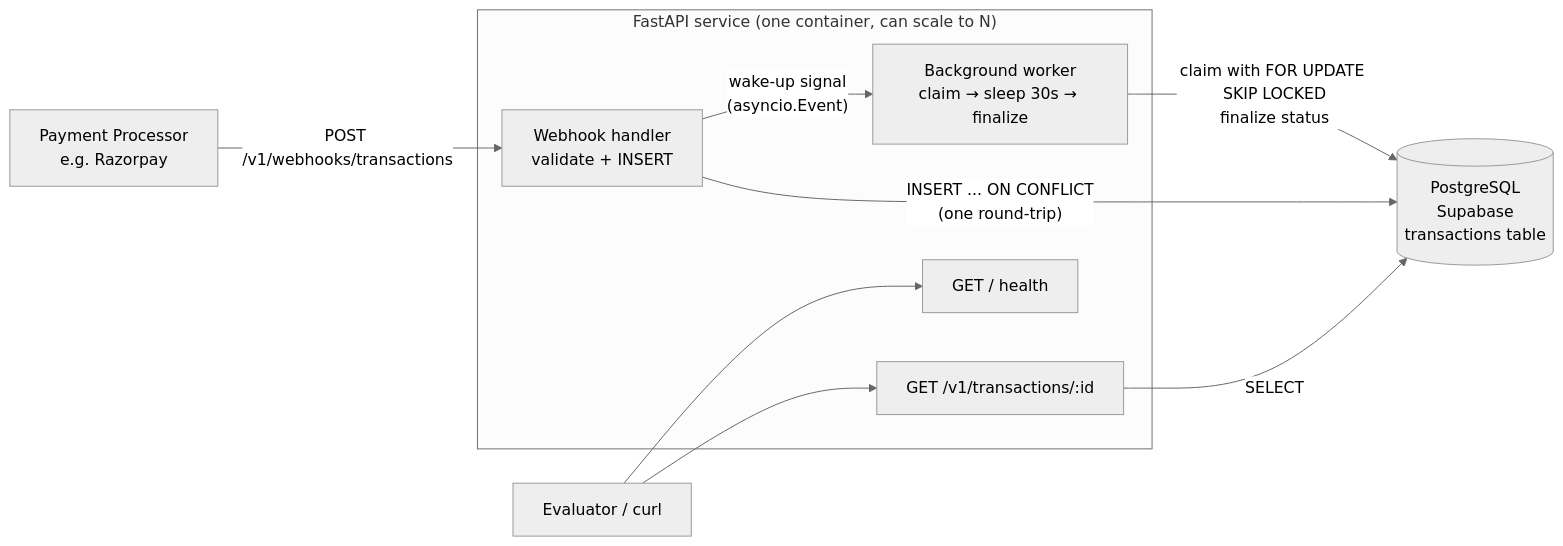
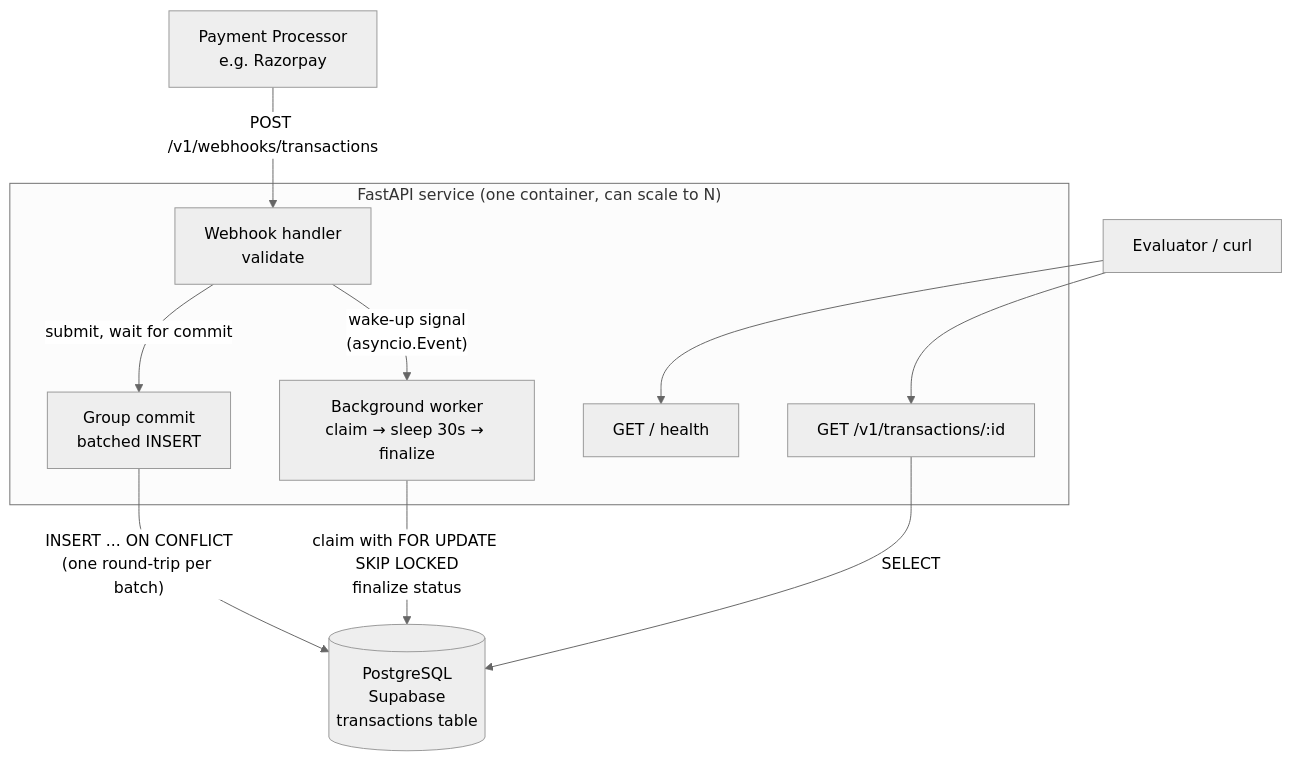
Before and after one commit to subashanraj/transaction-webhook-service: the first of 5 diagrams in docs/01-TECHNICAL-DESIGN.md, drawn with Mermaid (neutral theme). The commit also changed other lines of this file, not shown here.

````diff
--- a/docs/01-TECHNICAL-DESIGN.md
+++ b/docs/01-TECHNICAL-DESIGN.md
@@ -51,17 +51,18 @@
 ```mermaid
-flowchart LR
+flowchart TB
     RP[Payment Processor<br/>e.g. Razorpay] -- "POST /v1/webhooks/transactions" --> API
 
     subgraph Service["FastAPI service (one container, can scale to N)"]
-        API[Webhook handler<br/>validate + INSERT] -- "wake-up signal<br/>(asyncio.Event)" --> W
+        API[Webhook handler<br/>validate] -- "submit, wait for commit" --> GC[Group commit<br/>batched INSERT]
+        API -- "wake-up signal<br/>(asyncio.Event)" --> W
         W[Background worker<br/>claim → sleep 30s → finalize]
         H[GET /  health]
         Q[GET /v1/transactions/:id]
     end
 
-    API -- "INSERT ... ON CONFLICT<br/>(one round-trip)" --> DB[(PostgreSQL<br/>Supabase<br/>transactions table)]
+    GC -- "INSERT ... ON CONFLICT<br/>(one round-trip per batch)" --> DB[(PostgreSQL<br/>Supabase<br/>transactions table)]
     W -- "claim with FOR UPDATE SKIP LOCKED<br/>finalize status" --> DB
     Q -- SELECT --> DB
     Tester[Evaluator / curl] --> H
     Tester --> Q
 ```
````
